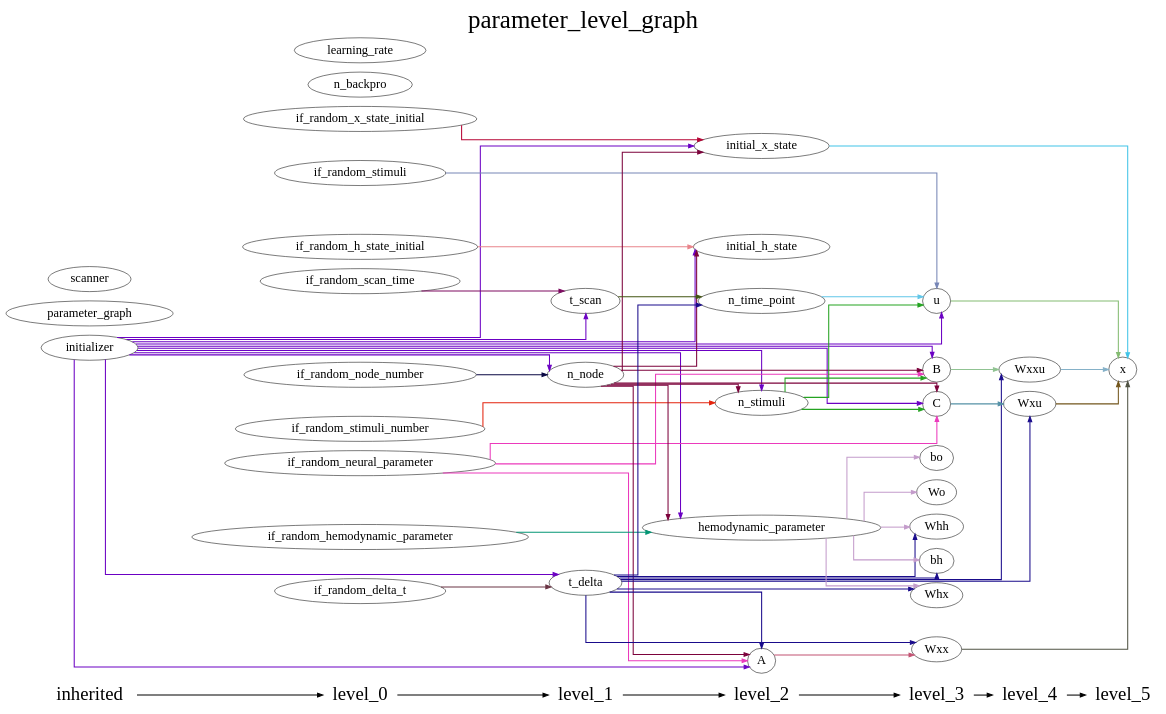
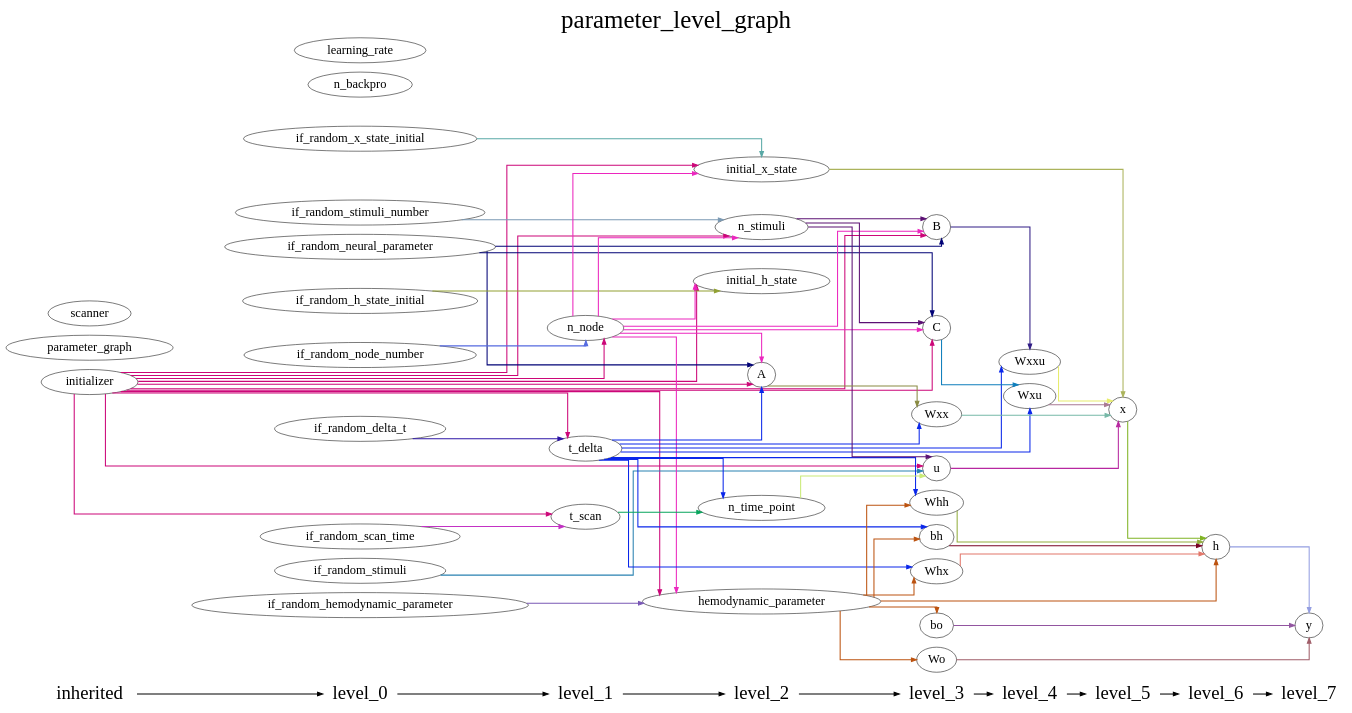
The diagram in DCM_RNN/documents/parameter_level_graph.gv (YuanWangOnward/DCM_RNN), drawn with Graphviz before and after one commit. The commit also changed 6 other files, not shown here.

Commit message:
DataUnit.complete_data_unit completes up to functional data A weight factor is added between neural level and hemodynamic level

```diff
--- a/DCM_RNN/documents/parameter_level_graph.gv
+++ b/DCM_RNN/documents/parameter_level_graph.gv
@@ -1,141 +1,154 @@
 digraph G {
           splines=ortho;
           fontsize = 48;
           rankdir = "LR";
           node[fontsize=24];
           edge[penwidth=2];
           {
           node [shape=plaintext fontsize=36];
           inherited -> 
           level_0 -> 
           level_1 -> 
           level_2 -> 
           level_3 -> 
           level_4 -> 
-          level_5
+          level_5 -> 
+          level_6 -> 
+          level_7
           }
           {rank = same;
           inherited;
           initializer;
           parameter_graph;
           scanner;
           }
           {rank = same;
           level_0;
           if_random_neural_parameter;
           if_random_hemodynamic_parameter;
           if_random_x_state_initial;
           if_random_h_state_initial;
           if_random_stimuli;
           if_random_node_number;
           if_random_stimuli_number;
           if_random_delta_t;
           if_random_scan_time;
           n_backpro;
           learning_rate;
           }
           {rank = same;
           level_1;
           n_node;
           t_delta;
           t_scan;
           }
           {rank = same;
           level_2;
           n_time_point;
           n_stimuli;
           A;
           hemodynamic_parameter;
           initial_x_state;
           initial_h_state;
           }
           {rank = same;
           level_3;
           u;
           B;
           C;
           Wxx;
           Whx;
           Whh;
           bh;
           Wo;
           bo;
           }
           {rank = same;
           level_4;
           Wxxu;
           Wxu;
           }
           {rank = same;
           level_5;
           x;
           }
-          Whx ;
+          {rank = same;
+          level_6;
+          h;
+          }
+          {rank = same;
+          level_7;
+          y;
+          }
+          n_stimuli -> B [color="#5B1073"];
+          n_stimuli -> C [color="#5B1073"];
+          n_stimuli -> u [color="#5B1073"];
+          if_random_stimuli -> u [color="#2881B1"];
+          Whx -> h [color="#E2776A"];
+          learning_rate ;
+          t_scan -> n_time_point [color="#06A45B"];
+          B -> Wxxu [color="#301C85"];
+          A -> Wxx [color="#898A42"];
+          n_time_point -> u [color="#C9EA76"];
+          Whh -> h [color="#93AE3E"];
+          bh -> h [color="#780223"];
+          initial_x_state -> x [color="#ABB35B"];
+          if_random_neural_parameter -> B [color="#010276"];
+          if_random_neural_parameter -> C [color="#010276"];
+          if_random_neural_parameter -> A [color="#010276"];
+          scanner ;
+          if_random_x_state_initial -> initial_x_state [color="#59A9A6"];
+          hemodynamic_parameter -> Whx [color="#BC5310"];
+          hemodynamic_parameter -> bh [color="#BC5310"];
+          hemodynamic_parameter -> h [color="#BC5310"];
+          hemodynamic_parameter -> Whh [color="#BC5310"];
+          hemodynamic_parameter -> bo [color="#BC5310"];
+          hemodynamic_parameter -> Wo [color="#BC5310"];
+          n_backpro ;
+          bo -> y [color="#9255A0"];
+          n_node -> n_stimuli [color="#EB27BE"];
+          n_node -> B [color="#EB27BE"];
+          n_node -> initial_h_state [color="#EB27BE"];
+          n_node -> hemodynamic_parameter [color="#EB27BE"];
+          n_node -> C [color="#EB27BE"];
+          n_node -> initial_x_state [color="#EB27BE"];
+          n_node -> A [color="#EB27BE"];
+          if_random_scan_time -> t_scan [color="#C331C4"];
+          initializer -> n_stimuli [color="#CC0678"];
+          initializer -> t_scan [color="#CC0678"];
+          initializer -> B [color="#CC0678"];
+          initializer -> initial_h_state [color="#CC0678"];
+          initializer -> hemodynamic_parameter [color="#CC0678"];
+          initializer -> C [color="#CC0678"];
+          initializer -> n_node [color="#CC0678"];
+          initializer -> initial_x_state [color="#CC0678"];
+          initializer -> u [color="#CC0678"];
+          initializer -> A [color="#CC0678"];
+          initializer -> t_delta [color="#CC0678"];
+          y ;
+          Wxxu -> x [color="#E7EC6C"];
+          Wxu -> x [color="#A97993"];
+          h -> y [color="#949EE1"];
+          if_random_hemodynamic_parameter -> hemodynamic_parameter [color="#7857B5"];
+          Wxx -> x [color="#76B8A7"];
+          initial_h_state ;
+          C -> Wxu [color="#0E7EBC"];
+          if_random_node_number -> n_node [color="#556AE0"];
           parameter_graph ;
-          Wxu -> x [color="#73561C"];
-          Whh ;
-          n_node -> C [color="#7C023B"];
-          n_node -> initial_x_state [color="#7C023B"];
-          n_node -> n_stimuli [color="#7C023B"];
-          n_node -> A [color="#7C023B"];
-          n_node -> hemodynamic_parameter [color="#7C023B"];
-          n_node -> initial_h_state [color="#7C023B"];
-          n_node -> B [color="#7C023B"];
-          x ;
-          Wxxu -> x [color="#85B1C8"];
-          C -> Wxu [color="#5591A6"];
-          bo ;
-          if_random_scan_time -> t_scan [color="#7E0A61"];
-          n_stimuli -> C [color="#24A321"];
-          n_stimuli -> u [color="#24A321"];
-          n_stimuli -> B [color="#24A321"];
-          n_backpro ;
-          if_random_x_state_initial -> initial_x_state [color="#B60435"];
-          learning_rate ;
-          bh ;
-          u -> x [color="#84BB72"];
-          if_random_node_number -> n_node [color="#080642"];
-          t_delta -> Whx [color="#190B8B"];
-          t_delta -> Wxu [color="#190B8B"];
-          t_delta -> Whh [color="#190B8B"];
-          t_delta -> Wxxu [color="#190B8B"];
-          t_delta -> bh [color="#190B8B"];
-          t_delta -> A [color="#190B8B"];
-          t_delta -> Wxx [color="#190B8B"];
-          t_delta -> n_time_point [color="#190B8B"];
-          A -> Wxx [color="#C25272"];
-          hemodynamic_parameter -> Whx [color="#C49CCB"];
-          hemodynamic_parameter -> Whh [color="#C49CCB"];
-          hemodynamic_parameter -> bo [color="#C49CCB"];
-          hemodynamic_parameter -> bh [color="#C49CCB"];
-          hemodynamic_parameter -> Wo [color="#C49CCB"];
-          initial_h_state ;
-          initial_x_state -> x [color="#41C4E7"];
-          Wxx -> x [color="#505344"];
-          t_scan -> n_time_point [color="#425510"];
-          if_random_hemodynamic_parameter -> hemodynamic_parameter [color="#039674"];
-          if_random_neural_parameter -> C [color="#EB3ABC"];
-          if_random_neural_parameter -> A [color="#EB3ABC"];
-          if_random_neural_parameter -> B [color="#EB3ABC"];
-          initializer -> n_node [color="#6B00C3"];
-          initializer -> C [color="#6B00C3"];
-          initializer -> initial_x_state [color="#6B00C3"];
-          initializer -> n_stimuli [color="#6B00C3"];
-          initializer -> u [color="#6B00C3"];
-          initializer -> t_delta [color="#6B00C3"];
-          initializer -> A [color="#6B00C3"];
-          initializer -> hemodynamic_parameter [color="#6B00C3"];
-          initializer -> initial_h_state [color="#6B00C3"];
-          initializer -> t_scan [color="#6B00C3"];
-          initializer -> B [color="#6B00C3"];
-          if_random_delta_t -> t_delta [color="#6B3545"];
-          if_random_stimuli_number -> n_stimuli [color="#E3230C"];
-          if_random_stimuli -> u [color="#7786B6"];
-          Wo ;
-          if_random_h_state_initial -> initial_h_state [color="#E8848B"];
-          B -> Wxxu [color="#90C392"];
-          n_time_point -> u [color="#60C6E8"];
-          scanner ;
+          Wo -> y [color="#A05E69"];
+          u -> x [color="#B727A0"];
+          if_random_delta_t -> t_delta [color="#2C14A6"];
+          t_delta -> Whx [color="#0A27EA"];
+          t_delta -> n_time_point [color="#0A27EA"];
+          t_delta -> bh [color="#0A27EA"];
+          t_delta -> Wxu [color="#0A27EA"];
+          t_delta -> Wxxu [color="#0A27EA"];
+          t_delta -> Whh [color="#0A27EA"];
+          t_delta -> Wxx [color="#0A27EA"];
+          t_delta -> A [color="#0A27EA"];
+          x -> h [color="#80B425"];
+          if_random_h_state_initial -> initial_h_state [color="#91A032"];
+          if_random_stimuli_number -> n_stimuli [color="#7A99B3"];
           labelloc = "t";
           label = "parameter_level_graph";
 }
```
